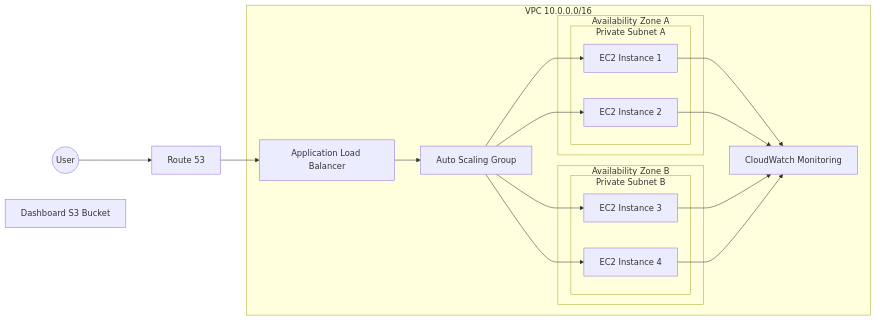
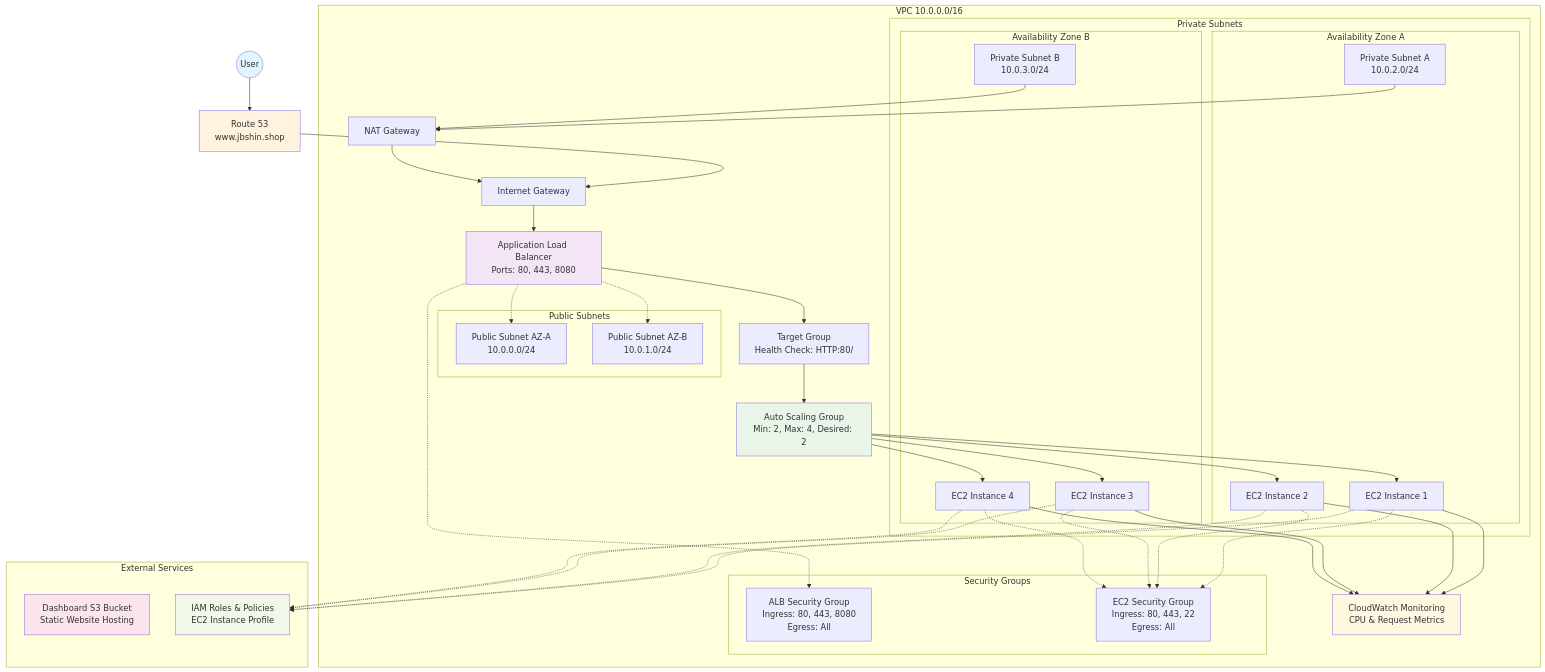
One commit to SHINJIBIN1/jbshin-kiro changed the diagram in terraform/README.md. Above: the diagram before and after it, drawn with Mermaid. The commit also changed other lines of this file, not shown here.

Commit message:
docs: Update infrastructure diagram with port 8080 support
- Updated mermaid diagram to reflect ALB port 8080 listener
- Enhanced diagram with detailed network topology and security groups
- Added deployment history entry for port 8080 enhancement
- Updated last modified timestamp

````diff
--- a/terraform/README.md
+++ b/terraform/README.md
@@ -22,35 +20,77 @@
 ```mermaid
-graph LR
-    User((User)) --> Route53[Route 53]
-    Route53 --> ALB[Application Load Balancer]
+graph TB
+    User((User)) --> Route53[Route 53<br/>www.jbshin.shop]
+    Route53 --> IGW[Internet Gateway]
     
     subgraph VPC [VPC 10.0.0.0/16]
-        ALB --> ASG[Auto Scaling Group]
+        IGW --> ALB[Application Load Balancer<br/>Ports: 80, 443, 8080]
         
-        subgraph "Availability Zone A"
-            subgraph "Private Subnet A"
+        subgraph "Public Subnets"
+            PubSub1[Public Subnet AZ-A<br/>10.0.0.0/24]
+            PubSub2[Public Subnet AZ-B<br/>10.0.1.0/24]
+        end
+        
+        ALB -.-> PubSub1
+        ALB -.-> PubSub2
+        
+        subgraph "Private Subnets"
+            subgraph "Availability Zone A"
+                PrivSub1[Private Subnet A<br/>10.0.2.0/24]
                 EC2_A1[EC2 Instance 1]
                 EC2_A2[EC2 Instance 2]
             end
-        end
-        
-        subgraph "Availability Zone B"
-            subgraph "Private Subnet B"
+            
+            subgraph "Availability Zone B"
+                PrivSub2[Private Subnet B<br/>10.0.3.0/24]
                 EC2_B1[EC2 Instance 3]
                 EC2_B2[EC2 Instance 4]
             end
         end
+        
+        ALB --> TG[Target Group<br/>Health Check: HTTP:80/]
+        TG --> ASG[Auto Scaling Group<br/>Min: 2, Max: 4, Desired: 2]
         
         ASG --> EC2_A1
         ASG --> EC2_A2
         ASG --> EC2_B1
         ASG --> EC2_B2
         
-        EC2_A1 --> CloudWatch[CloudWatch Monitoring]
+        PrivSub1 --> NAT[NAT Gateway]
+        PrivSub2 --> NAT
+        NAT --> IGW
+        
+        EC2_A1 --> CloudWatch[CloudWatch Monitoring<br/>CPU & Request Metrics]
         EC2_A2 --> CloudWatch
         EC2_B1 --> CloudWatch
         EC2_B2 --> CloudWatch
+        
+        subgraph "Security Groups"
+            ALBSG[ALB Security Group<br/>Ingress: 80, 443, 8080<br/>Egress: All]
+            EC2SG[EC2 Security Group<br/>Ingress: 80, 443, 22<br/>Egress: All]
+        end
+        
+        ALB -.-> ALBSG
+        EC2_A1 -.-> EC2SG
+        EC2_A2 -.-> EC2SG
+        EC2_B1 -.-> EC2SG
+        EC2_B2 -.-> EC2SG
     end
     
-    S3[Dashboard S3 Bucket]
+    subgraph "External Services"
+        S3[Dashboard S3 Bucket<br/>Static Website Hosting]
+        IAM[IAM Roles & Policies<br/>EC2 Instance Profile]
+    end
+    
+    EC2_A1 -.-> IAM
+    EC2_A2 -.-> IAM
+    EC2_B1 -.-> IAM
+    EC2_B2 -.-> IAM
+    
+    style User fill:#e1f5fe
+    style Route53 fill:#fff3e0
+    style ALB fill:#f3e5f5
+    style ASG fill:#e8f5e8
+    style CloudWatch fill:#fff8e1
+    style S3 fill:#fce4ec
+    style IAM fill:#f1f8e9
 ```
````
